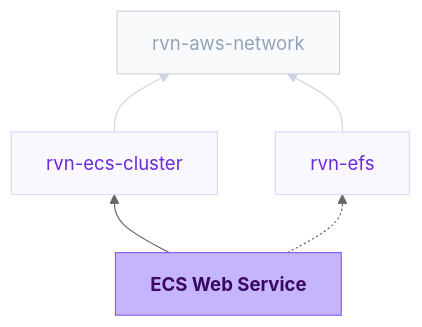
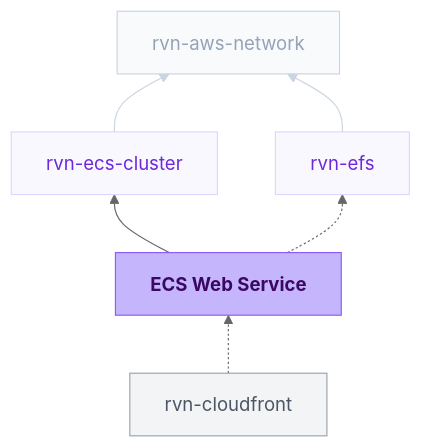
Before and after one commit to flightcontrolhq/docs: the diagram in module-definitions/catalog/rvn-ecs-web.mdx, drawn with Mermaid (neutral theme). The commit also changed other lines of this file and 5 other files, not shown here.

Commit message:
chore: sync module catalog docs

````diff
--- a/module-definitions/catalog/rvn-ecs-web.mdx
+++ b/module-definitions/catalog/rvn-ecs-web.mdx
@@ -13,21 +13,24 @@
 ```mermaid
 flowchart BT
-  rvn_ecs_web["<strong>ECS Web Service</strong>"] --> rvn_ecs_cluster["rvn-ecs-cluster"]
+  rvn_cloudfront["rvn-cloudfront"] -.-> rvn_ecs_web["<strong>ECS Web Service</strong>"]
+  rvn_ecs_web --> rvn_ecs_cluster["rvn-ecs-cluster"]
   rvn_ecs_web -.-> rvn_efs["rvn-efs"]
   rvn_ecs_cluster --> rvn_aws_network["rvn-aws-network"]
   rvn_efs --> rvn_aws_network
 
   class rvn_ecs_web current
   class rvn_ecs_cluster,rvn_efs dependency
+  class rvn_cloudfront consumer
   class rvn_aws_network upstream
 
   classDef current fill:#C4B5FD,stroke:#8B5CF6,color:#3B0764
   classDef dependency fill:#FAF8FF,stroke:#DDD6FE,color:#6D28D9
   classDef consumer fill:#F3F4F6,stroke:#9CA3AF,color:#4B5563
   classDef upstream fill:#F8FAFC,stroke:#CBD5E1,color:#94A3B8
-  linkStyle 2,3 stroke:#CBD5E1,color:#94A3B8
+  linkStyle 3,4 stroke:#CBD5E1,color:#94A3B8
 
+  click rvn_cloudfront "/module-definitions/catalog/rvn-cloudfront" "Open rvn-cloudfront docs"
   click rvn_ecs_cluster "/module-definitions/catalog/rvn-ecs-cluster" "Open rvn-ecs-cluster docs"
   click rvn_efs "/module-definitions/catalog/rvn-efs" "Open rvn-efs docs"
   click rvn_aws_network "/module-definitions/catalog/rvn-aws-network" "Open rvn-aws-network docs"
 ```
````
